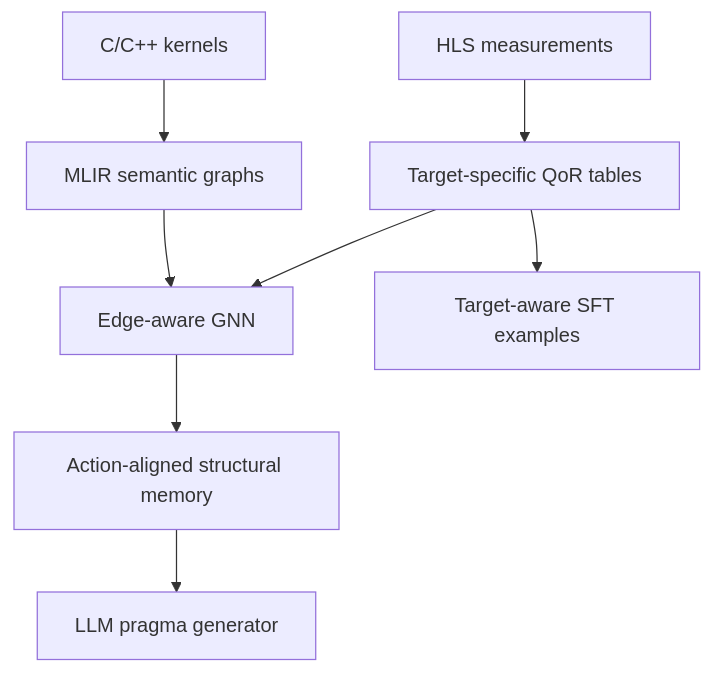
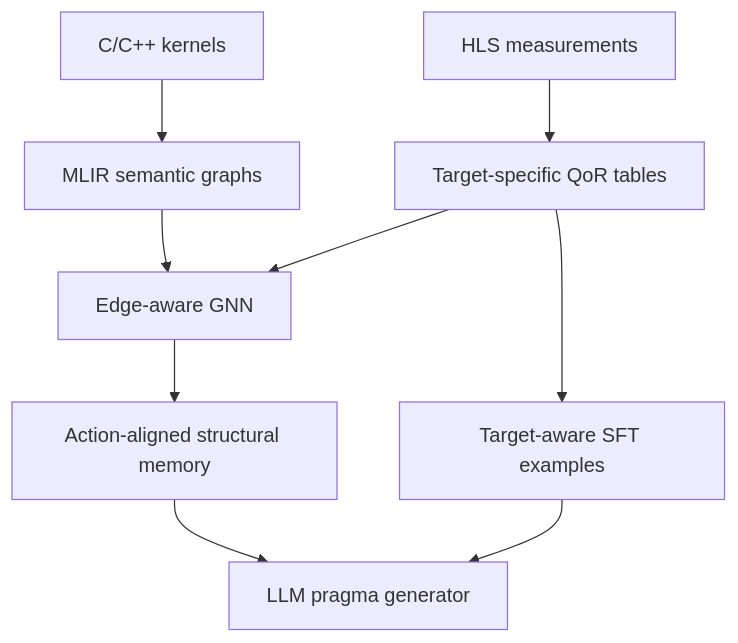
One commit to ElenaVouvali/MailoHLS changed the diagram in README.md. Above: the diagram before and after it, drawn with Mermaid. The commit also changed other lines of this file, not shown here.

````diff
--- a/README.md
+++ b/README.md
@@ -14,10 +14,11 @@
 ```mermaid
 flowchart TD
     A["C/C++ kernels"] --> C["MLIR semantic graphs"]
     B["HLS measurements"] --> D["Target-specific QoR tables"]
     C --> E["Edge-aware GNN"]
     D --> E
     E --> F["Action-aligned structural memory"]
     D --> G["Target-aware SFT examples"]
     F --> H["LLM pragma generator"]
+    G --> H
 ```
````
